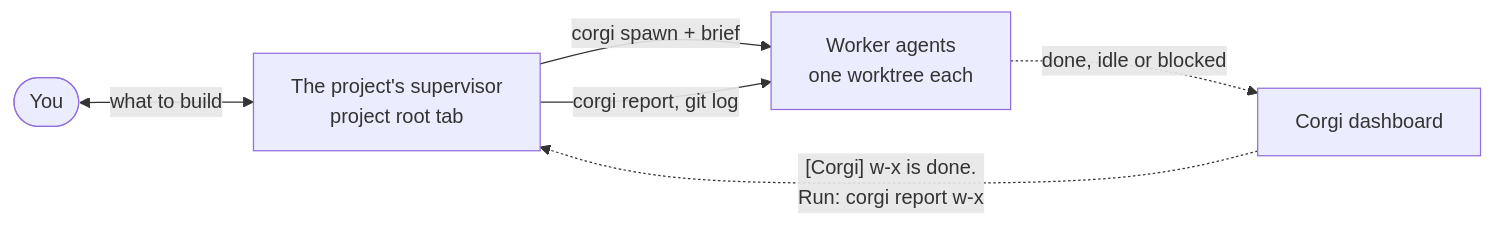
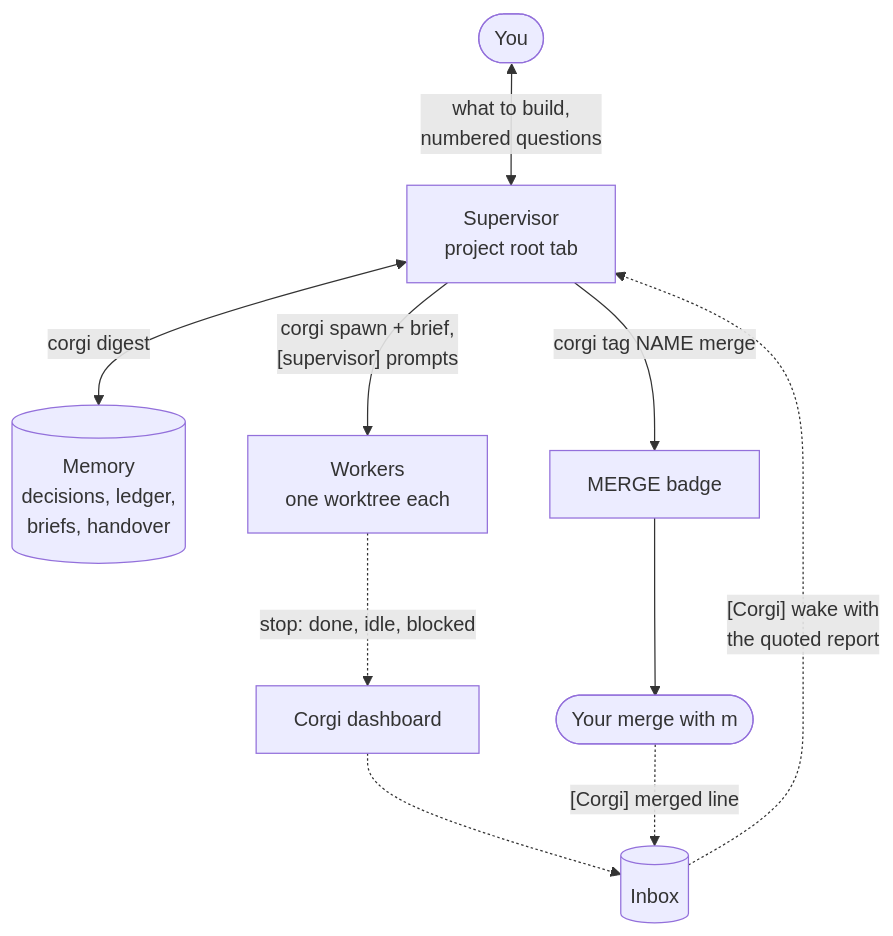
One commit to zyrre/corgi changed the diagram in README.md. Above: the diagram before and after it, drawn with Mermaid. The commit also changed other lines of this file and 3 other files, not shown here.

First line of the commit message:
Remake the README around the dashboard and the supervisor

````diff
--- a/README.md
+++ b/README.md
@@ -88,8 +83,12 @@
 ```mermaid
-flowchart LR
-    you(["You"]) <-->|"what to build"| supervisor["The project's supervisor<br/>project root tab"]
-    supervisor -->|"corgi spawn + brief"| workers["Worker agents<br/>one worktree each"]
-    workers -.->|"done, idle or blocked"| dashboard["Corgi dashboard"]
-    dashboard -.->|"[Corgi] w-x is done.<br/>Run: corgi report w-x"| supervisor
-    supervisor -->|"corgi report, git log"| workers
+flowchart TD
+    you(["You"]) <-->|"what to build,<br/>numbered questions"| sup["Supervisor<br/>project root tab"]
+    sup <-->|"corgi digest"| memory[("Memory<br/>decisions, ledger,<br/>briefs, handover")]
+    sup -->|"corgi spawn + brief,<br/>[supervisor] prompts"| workers["Workers<br/>one worktree each"]
+    workers -.->|"stop: done, idle, blocked"| dash["Corgi dashboard"]
+    dash -.-> inbox[("Inbox")]
+    inbox -.->|"[Corgi] wake with<br/>the quoted report"| sup
+    sup -->|"corgi tag NAME merge"| badge["MERGE badge"]
+    badge --> merge(["Your merge with m"])
+    merge -.->|"[Corgi] merged line"| inbox
 ```
````
